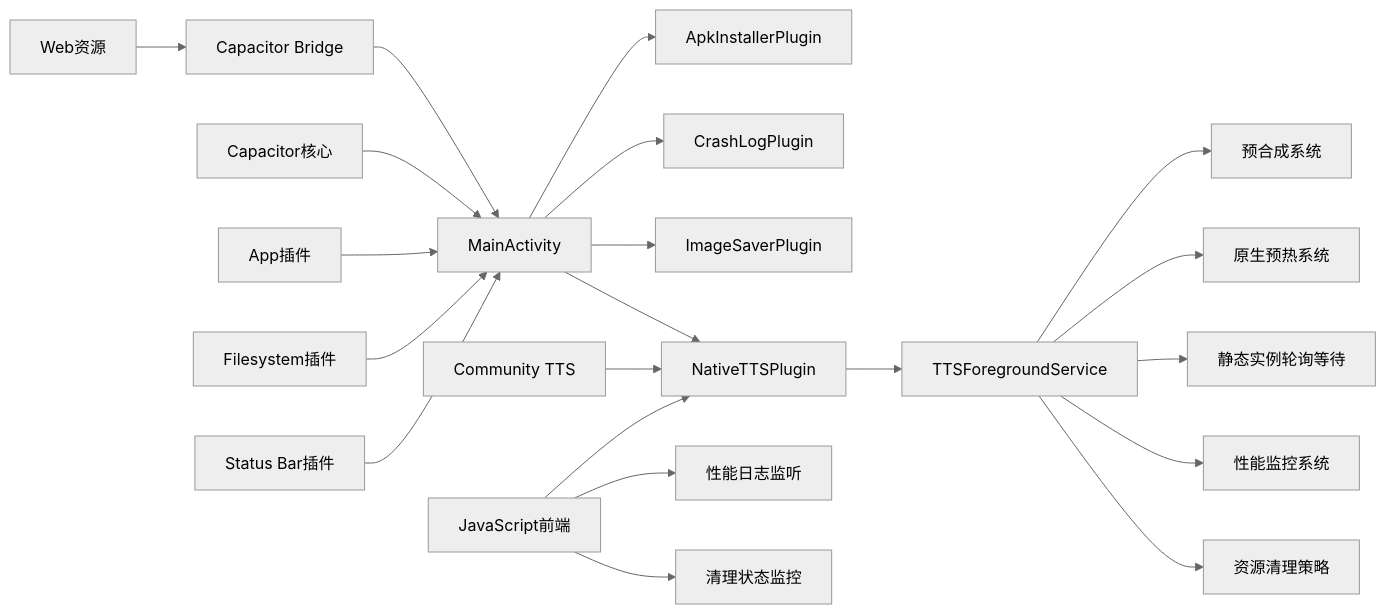
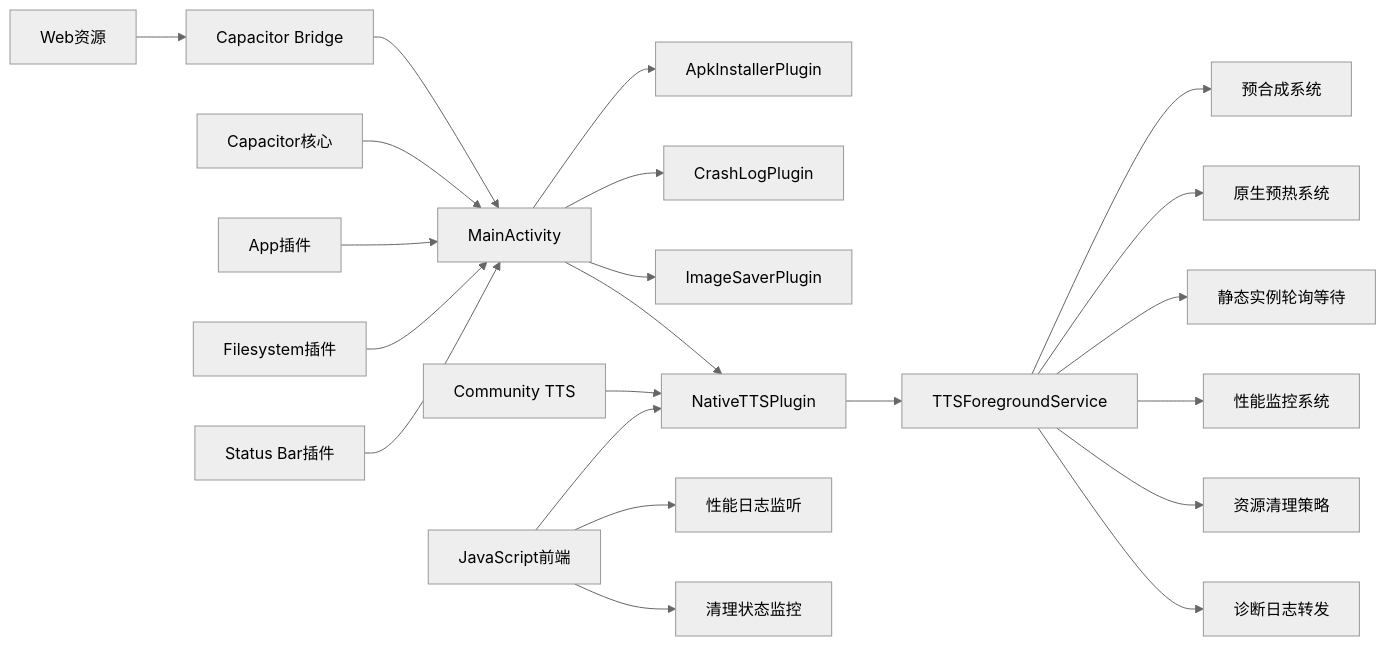
One commit to zhao-zg/cx changed diagram 11 of 11 in .qoder/repowiki/zh/content/移动应用开发/移动应用开发.md. Above: the diagram before and after it, drawn with Mermaid (neutral theme). The commit also changed other lines of this file and 24 other files, not shown here.

````diff
--- a/.qoder/repowiki/zh/content/移动应用开发/移动应用开发.md
+++ b/.qoder/repowiki/zh/content/移动应用开发/移动应用开发.md
@@ -625,23 +649,24 @@
 ```mermaid
 graph LR
 WEB["Web资源"] --> BRIDGE["Capacitor Bridge"]
 BRIDGE --> MAINACT["MainActivity"]
 MAINACT --> APK["ApkInstallerPlugin"]
 MAINACT --> CRASH["CrashLogPlugin"]
 MAINACT --> IMG["ImageSaverPlugin"]
 MAINACT --> TTS["NativeTTSPlugin"]
 CAP["Capacitor核心"] --> MAINACT
 APP["App插件"] --> MAINACT
 FS["Filesystem插件"] --> MAINACT
 SB["Status Bar插件"] --> MAINACT
 CTTS["Community TTS"] --> TTS
 TTS --> SERVICE["TTSForegroundService"]
 SERVICE --> PRE_SYNTH["预合成系统"]
 SERVICE --> WARMUP["原生预热系统"]
 SERVICE --> POLLING["静态实例轮询等待"]
 SERVICE --> PERF_MONITOR["性能监控系统"]
 SERVICE --> RESOURCE_CLEAN["资源清理策略"]
+SERVICE --> LOG_FORWARD["诊断日志转发"]
 JAVASCRIPT["JavaScript前端"] --> TTS
 JAVASCRIPT --> PERF_LOG["性能日志监听"]
 JAVASCRIPT --> CLEAN_LOG["清理状态监控"]
 ```
````
